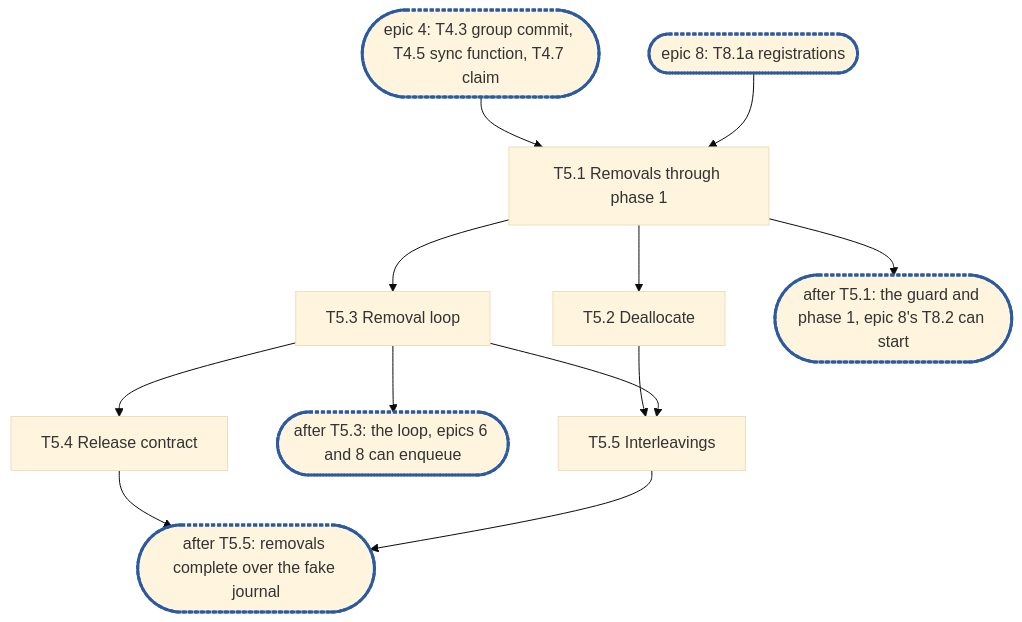
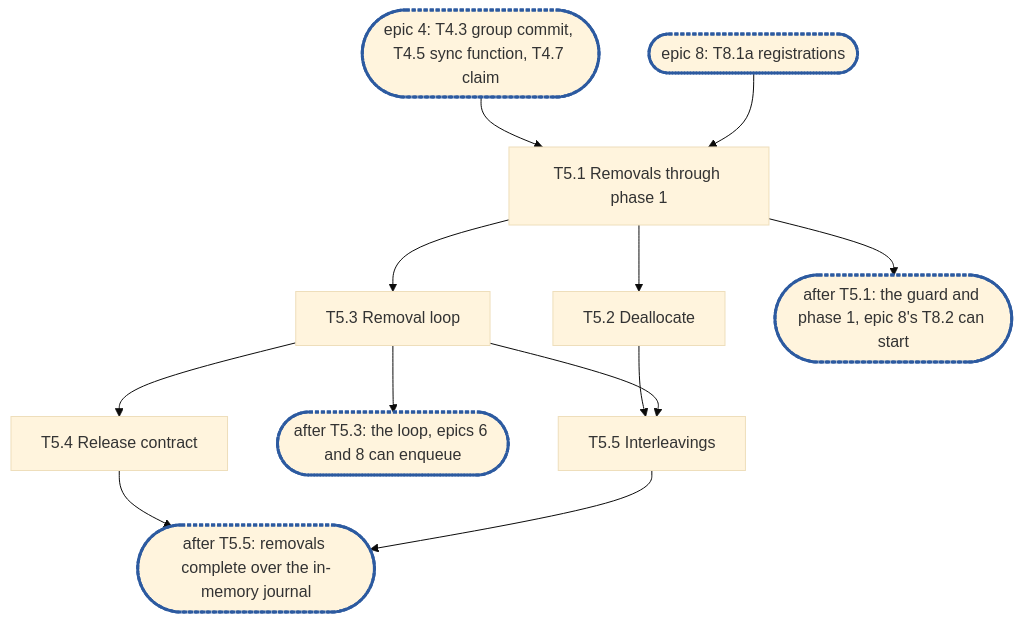
The diagram in docs/internals/planning/rfc-8-engine-epic5.md (cubbit/dittofs), drawn with Mermaid (base theme) before and after one commit. The commit also changed other lines of this file and 8 other files, not shown here.

Commit message:
docs(planning): name the in-memory journal and the journal rows it is held to

````diff
--- a/docs/internals/planning/rfc-8-engine-epic5.md
+++ b/docs/internals/planning/rfc-8-engine-epic5.md
@@ -515,13 +512,13 @@
 ```mermaid
 flowchart TD
   epic4(["epic 4: T4.3 group commit, T4.5 sync function, T4.7 claim"]):::sync --> T5_1["T5.1 Removals through phase 1"]
   epic8(["epic 8: T8.1a registrations"]):::sync --> T5_1
   T5_1 --> T5_2["T5.2 Deallocate"]
   T5_1 --> T5_3["T5.3 Removal loop"]
   T5_1 --> C1(["after T5.1: the guard and phase 1, epic 8's T8.2 can start"]):::sync
   T5_3 --> T5_4["T5.4 Release contract"]
   T5_3 --> C2(["after T5.3: the loop, epics 6 and 8 can enqueue"]):::sync
   T5_2 & T5_3 --> T5_5["T5.5 Interleavings"]
-  T5_4 & T5_5 --> C3(["after T5.5: removals complete over the fake journal"]):::sync
+  T5_4 & T5_5 --> C3(["after T5.5: removals complete over the in-memory journal"]):::sync
   classDef sync stroke:#2c5aa0,stroke-width:3px,stroke-dasharray:4 2
 ```
````
